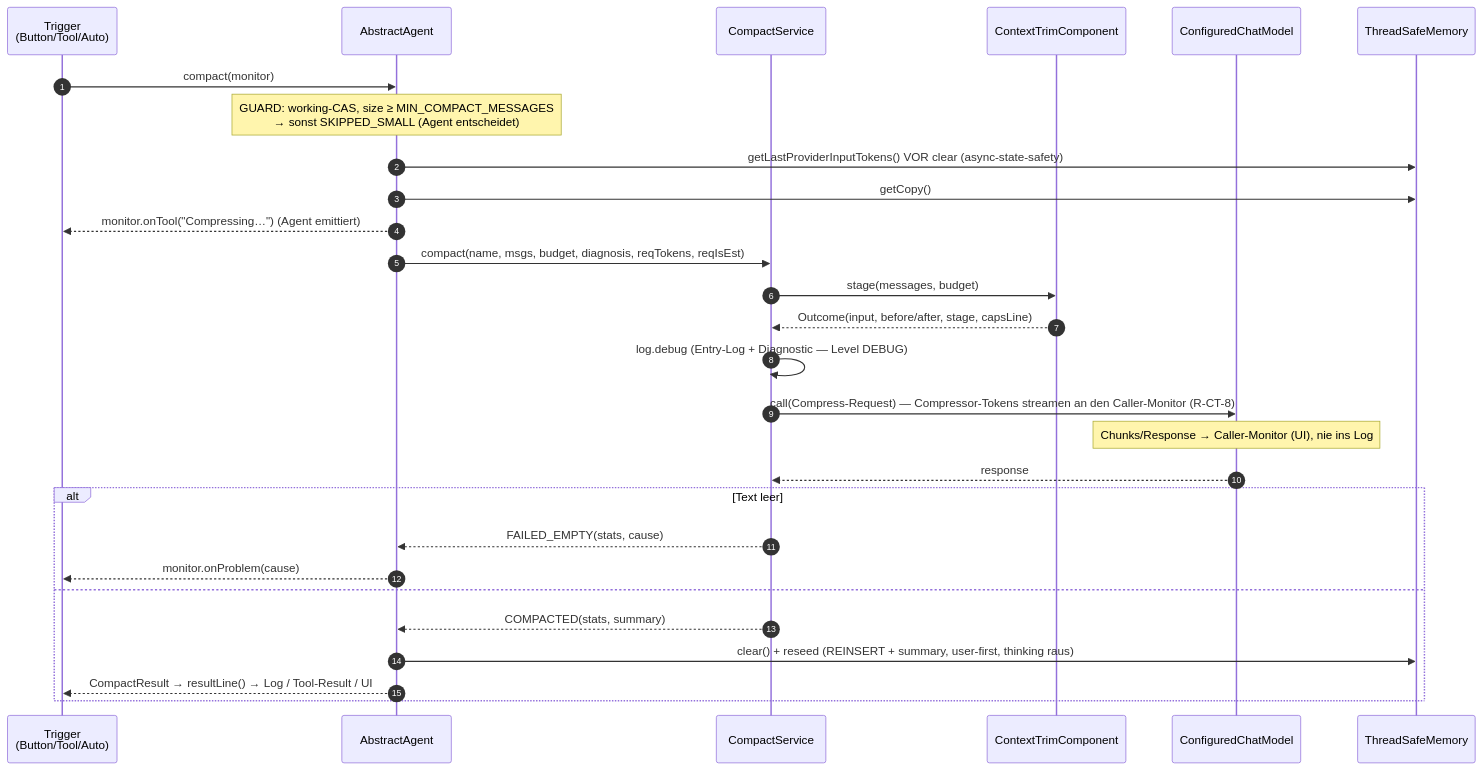
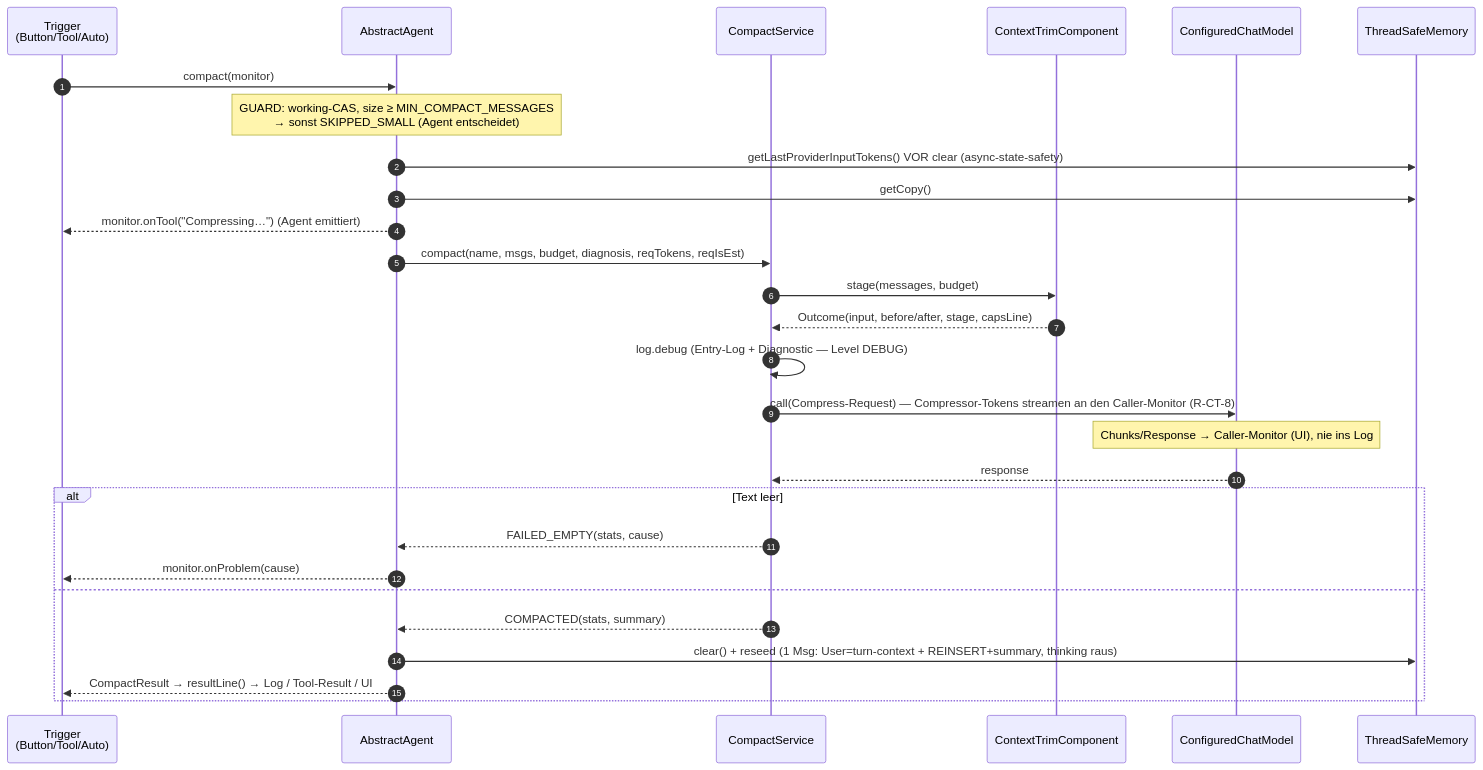
Before and after one commit to sterlp/eclipse-peon-ai: the second of 2 diagrams in org.sterl.llmpeon.core/docs/compact-architektur.md, drawn with Mermaid. The commit also changed other lines of this file and 79 other files, not shown here.

````diff
--- a/org.sterl.llmpeon.core/docs/compact-architektur.md
+++ b/org.sterl.llmpeon.core/docs/compact-architektur.md
@@ -103,31 +106,31 @@
 ```mermaid
 sequenceDiagram
     autonumber
     participant T as Trigger<br/>(Button/Tool/Auto)
     participant A as AbstractAgent
     participant S as CompactService
     participant C as ContextTrimComponent
     participant L as ConfiguredChatModel
     participant M as ThreadSafeMemory
 
     T->>A: compact(monitor)
     Note over A: GUARD: working-CAS, size ≥ MIN_COMPACT_MESSAGES<br/>→ sonst SKIPPED_SMALL (Agent entscheidet)
     A->>M: getLastProviderInputTokens() VOR clear (async-state-safety)
     A->>M: getCopy()
     A-->>T: monitor.onTool("Compressing…") (Agent emittiert)
     A->>S: compact(name, msgs, budget, diagnosis, reqTokens, reqIsEst)
     S->>C: stage(messages, budget)
     C-->>S: Outcome(input, before/after, stage, capsLine)
     S->>S: log.debug (Entry-Log + Diagnostic — Level DEBUG)
     S->>L: call(Compress-Request) — Compressor-Tokens streamen an den Caller-Monitor (R-CT-8)
     Note over L: Chunks/Response → Caller-Monitor (UI), nie ins Log
     L-->>S: response
     alt Text leer
         S-->>A: FAILED_EMPTY(stats, cause)
         A-->>T: monitor.onProblem(cause)
     else
         S-->>A: COMPACTED(stats, summary)
-        A->>M: clear() + reseed (REINSERT + summary, user-first, thinking raus)
+        A->>M: clear() + reseed (1 Msg: User=turn-context + REINSERT+summary, thinking raus)
         A-->>T: CompactResult → resultLine() → Log / Tool-Result / UI
     end
 ```
````
